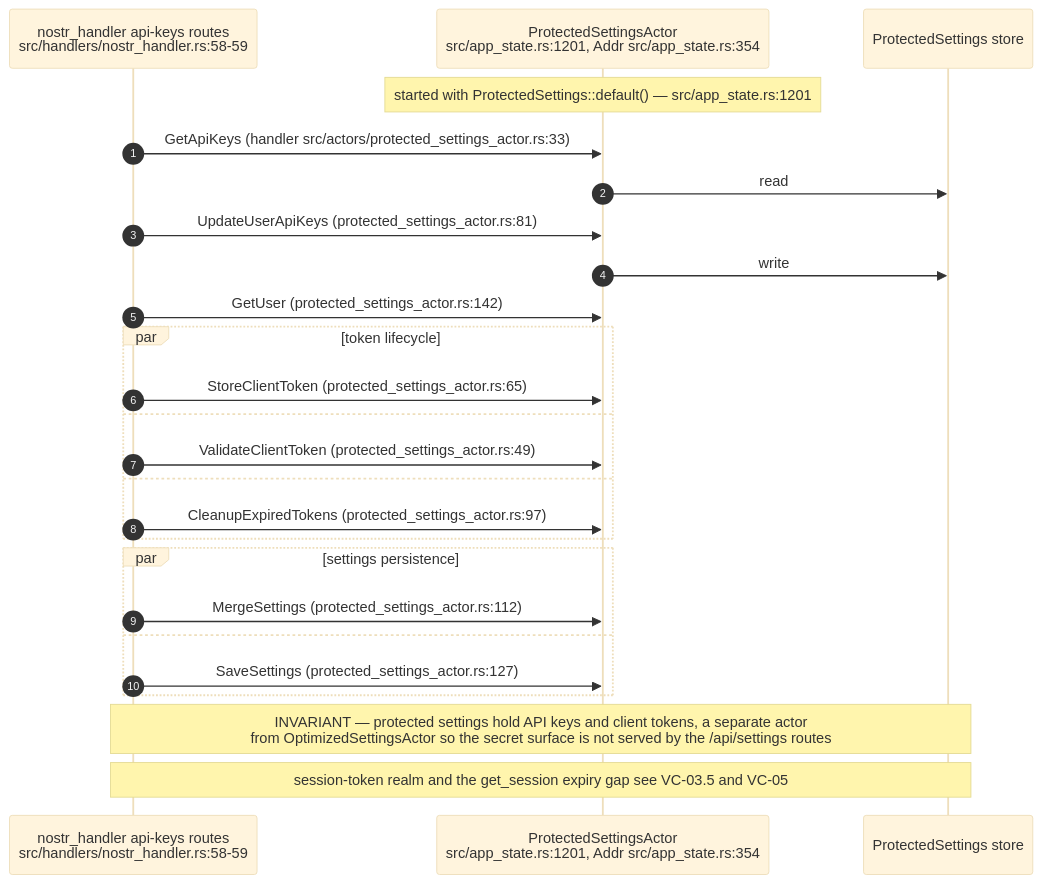
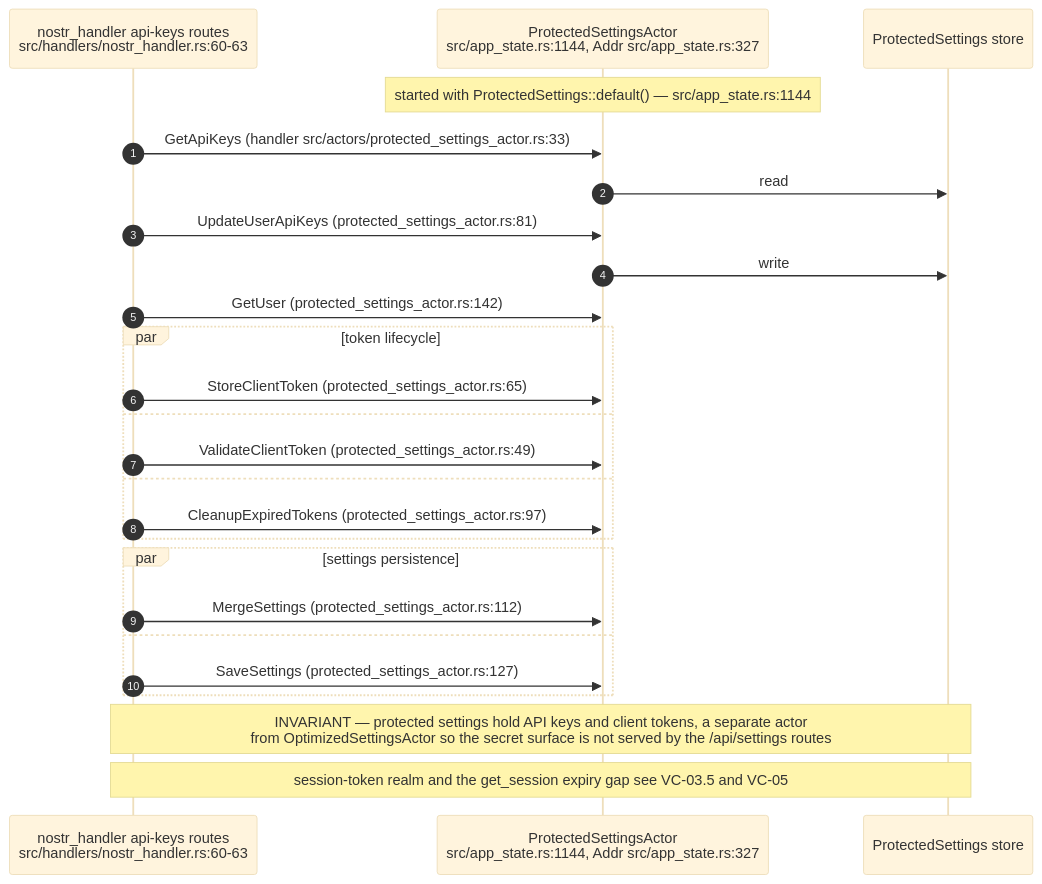
The fifth of 8 diagrams in docs/diagrams/visionclaw/06-settings-round-trip.md (DreamLab-AI/VisionFlow), drawn with Mermaid (base theme) before and after one commit. The commit also changed other lines of this file and 160 other files, not shown here.

````diff
--- a/docs/diagrams/visionclaw/06-settings-round-trip.md
+++ b/docs/diagrams/visionclaw/06-settings-round-trip.md
@@ -166,28 +178,28 @@
 ```mermaid
 sequenceDiagram
     autonumber
-    participant H as nostr_handler api-keys routes<br/>src/handlers/nostr_handler.rs:58-59
-    participant PS as ProtectedSettingsActor<br/>src/app_state.rs:1201, Addr src/app_state.rs:354
+    participant H as nostr_handler api-keys routes<br/>src/handlers/nostr_handler.rs:60-63
+    participant PS as ProtectedSettingsActor<br/>src/app_state.rs:1144, Addr src/app_state.rs:327
     participant ST as ProtectedSettings store
 
-    Note over PS: started with ProtectedSettings::default() — src/app_state.rs:1201
+    Note over PS: started with ProtectedSettings::default() — src/app_state.rs:1144
     H->>PS: GetApiKeys (handler src/actors/protected_settings_actor.rs:33)
     PS->>ST: read
     H->>PS: UpdateUserApiKeys (protected_settings_actor.rs:81)
     PS->>ST: write
     H->>PS: GetUser (protected_settings_actor.rs:142)
     par token lifecycle
         H->>PS: StoreClientToken (protected_settings_actor.rs:65)
     and
         H->>PS: ValidateClientToken (protected_settings_actor.rs:49)
     and
         H->>PS: CleanupExpiredTokens (protected_settings_actor.rs:97)
     end
     par settings persistence
         H->>PS: MergeSettings (protected_settings_actor.rs:112)
     and
         H->>PS: SaveSettings (protected_settings_actor.rs:127)
     end
     Note over H,ST: INVARIANT — protected settings hold API keys and client tokens, a separate actor<br/>from OptimizedSettingsActor so the secret surface is not served by the /api/settings routes
     Note over H,ST: session-token realm and the get_session expiry gap see VC-03.5 and VC-05
 ```
````
